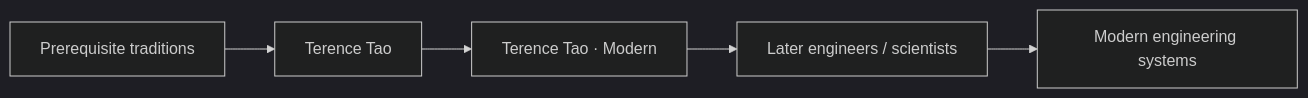
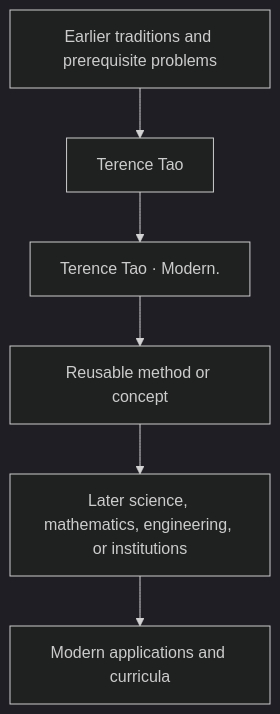
One commit to via-decide/ViaLogic changed the diagram in docs/history/terence-tao/influence.md. Above: the diagram before and after it, drawn with Mermaid (dark theme). The commit also changed other lines of this file and 858 other files, not shown here.

````diff
--- a/docs/history/terence-tao/influence.md
+++ b/docs/history/terence-tao/influence.md
@@ -29,7 +16,8 @@
 ```mermaid
-graph LR
-  prerequisites["Prerequisite traditions"] --> current["Terence Tao"]
-  current --> contribution["Terence Tao · Modern"]
-  contribution --> successors["Later engineers / scientists"]
-  successors --> modern["Modern engineering systems"]
+graph TD
+  Prior[Earlier traditions and prerequisite problems] --> Person[Terence Tao]
+  Person --> Contribution[Terence Tao · Modern.]
+  Contribution --> Method[Reusable method or concept]
+  Method --> Later[Later science, mathematics, engineering, or institutions]
+  Later --> Modern[Modern applications and curricula]
 ```
````
